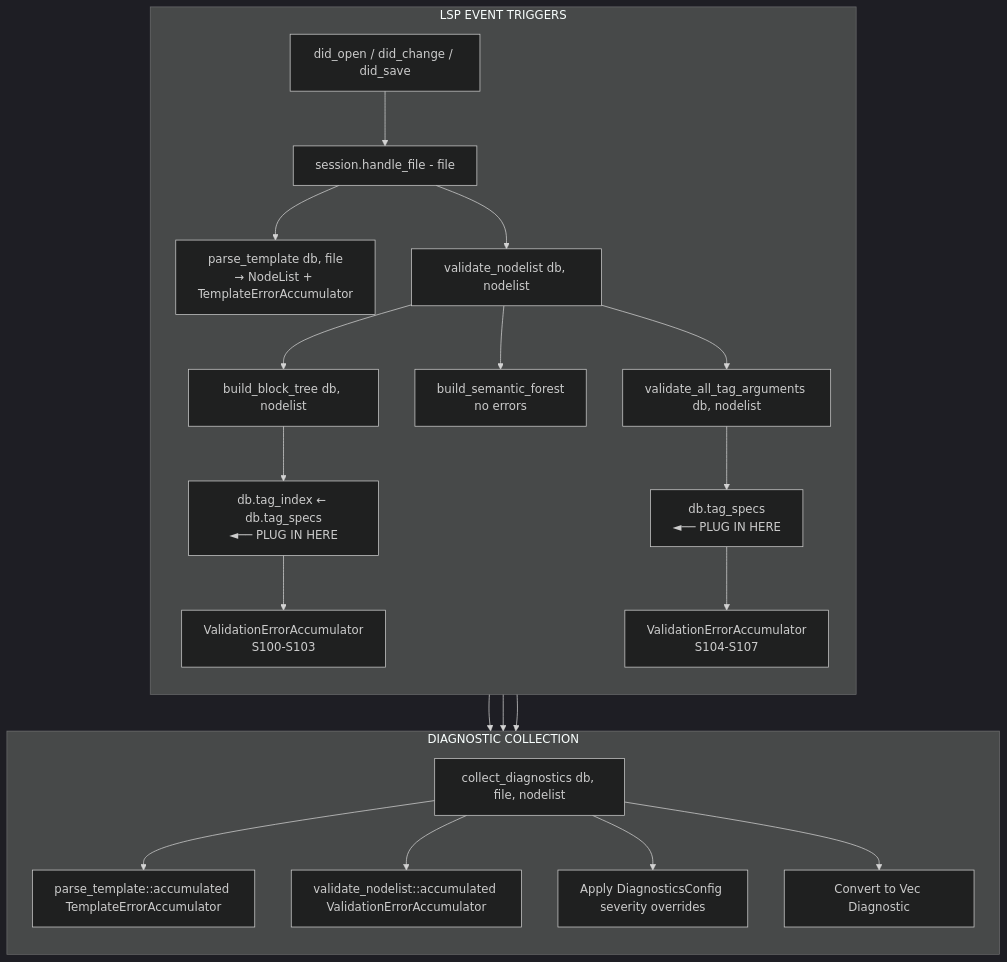
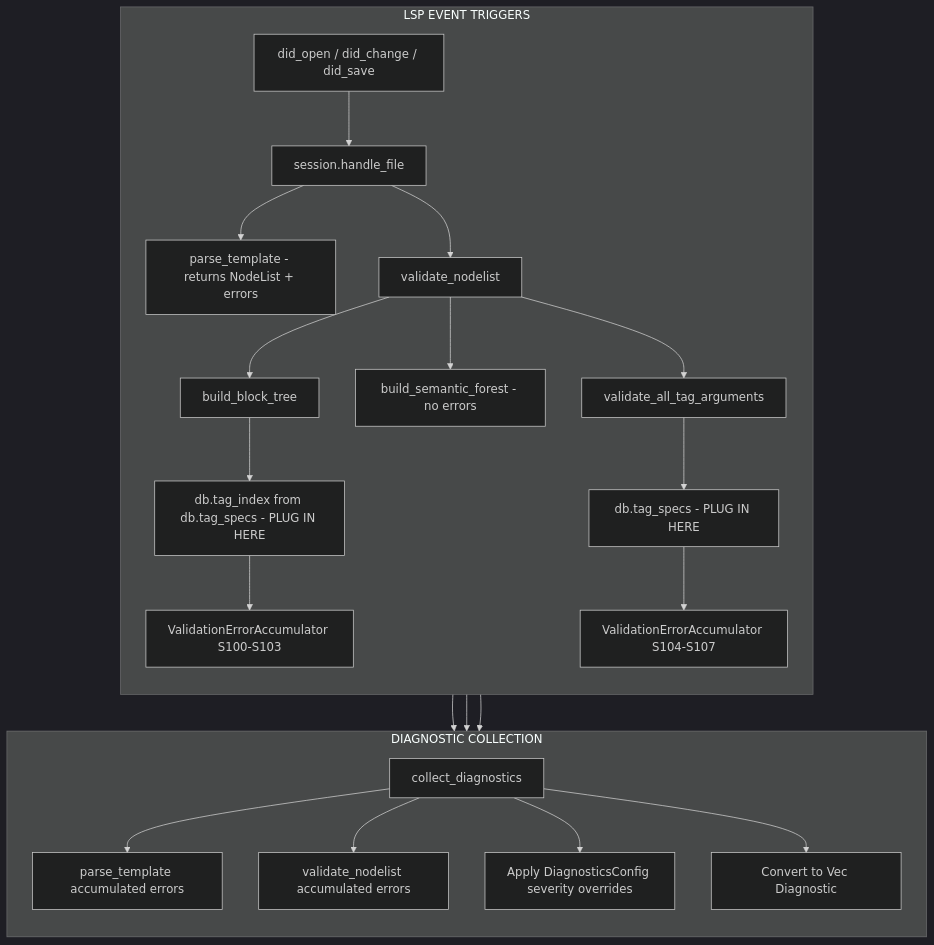
The second of 2 diagrams in .agents/research/2026-02-04_semantic-validation-orchestration.md (joshuadavidthomas/django-language-server), drawn with Mermaid (dark theme) before and after one commit. The commit also changed other lines of this file and 12 other files, not shown here.

Commit message:
change ASCII diagrams to Mermaid

````diff
--- a/.agents/research/2026-02-04_semantic-validation-orchestration.md
+++ b/.agents/research/2026-02-04_semantic-validation-orchestration.md
@@ -253,34 +254,34 @@
 ```mermaid
 flowchart TB
     subgraph LSPTriggers["LSP EVENT TRIGGERS"]
         direction TB
-        Events[did_open / did_change / did_save]
-        Events --> Handle[session.handle_file - file]
+        Events["did_open / did_change / did_save"]
+        Events --> Handle["session.handle_file"]
 
-        Handle --> Parse[parse_template db, file<br/>→ NodeList + TemplateErrorAccumulator]
-        Handle --> Validate[validate_nodelist db, nodelist]
+        Handle --> Parse["parse_template - returns NodeList + errors"]
+        Handle --> Validate["validate_nodelist"]
 
-        Validate --> BBT[build_block_tree db, nodelist]
-        BBT --> TagIndex[db.tag_index ← db.tag_specs<br/>◄── PLUG IN HERE]
-        TagIndex --> VEA1[ValidationErrorAccumulator<br/>S100-S103]
+        Validate --> BBT["build_block_tree"]
+        BBT --> TagIndex["db.tag_index from db.tag_specs - PLUG IN HERE"]
+        TagIndex --> VEA1["ValidationErrorAccumulator S100-S103"]
 
-        Validate --> BSF[build_semantic_forest<br/>no errors]
+        Validate --> BSF["build_semantic_forest - no errors"]
 
-        Validate --> VATA[validate_all_tag_arguments db, nodelist]
-        VATA --> TagSpecs[db.tag_specs<br/>◄── PLUG IN HERE]
-        TagSpecs --> VEA2[ValidationErrorAccumulator<br/>S104-S107]
+        Validate --> VATA["validate_all_tag_arguments"]
+        VATA --> TagSpecs["db.tag_specs - PLUG IN HERE"]
+        TagSpecs --> VEA2["ValidationErrorAccumulator S104-S107"]
     end
 
     VEA1 --> Collection
     VEA2 --> Collection
     Parse --> Collection
 
     subgraph Collection["DIAGNOSTIC COLLECTION"]
         direction TB
-        CD[collect_diagnostics db, file, nodelist]
-        CD --> TEA[parse_template::accumulated TemplateErrorAccumulator]
-        CD --> VEAC[validate_nodelist::accumulated ValidationErrorAccumulator]
-        CD --> Apply[Apply DiagnosticsConfig severity overrides]
-        CD --> Convert[Convert to Vec Diagnostic]
+        CD["collect_diagnostics"]
+        CD --> TEA["parse_template accumulated errors"]
+        CD --> VEAC["validate_nodelist accumulated errors"]
+        CD --> Apply["Apply DiagnosticsConfig severity overrides"]
+        CD --> Convert["Convert to Vec Diagnostic"]
     end
 ```
````
